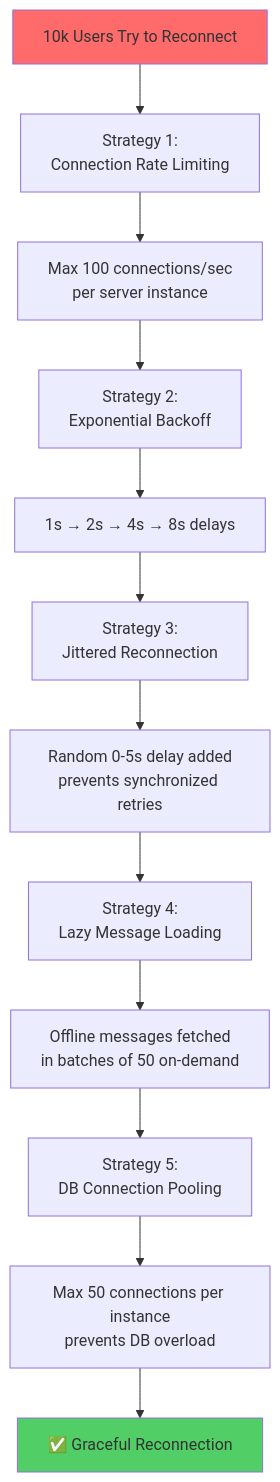
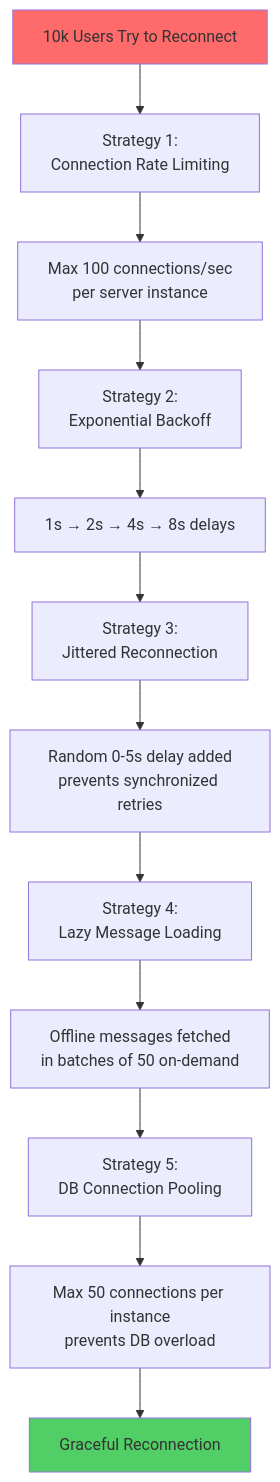
Before and after one commit to mahinigam/chat-platform: the sixth of 7 diagrams in ARCHITECTURE.md, drawn with Mermaid. The commit also changed other lines of this file and 12 other files, not shown here.

````diff
--- a/ARCHITECTURE.md
+++ b/ARCHITECTURE.md
@@ -353,17 +353,17 @@
 ```mermaid
 graph TD
     A[10k Users Try to Reconnect] --> B[Strategy 1:<br/>Connection Rate Limiting]
     B --> C[Max 100 connections/sec<br/>per server instance]
     C --> D[Strategy 2:<br/>Exponential Backoff]
     D --> E[1s → 2s → 4s → 8s delays]
     E --> F[Strategy 3:<br/>Jittered Reconnection]
     F --> G[Random 0-5s delay added<br/>prevents synchronized retries]
     G --> H[Strategy 4:<br/>Lazy Message Loading]
     H --> I[Offline messages fetched<br/>in batches of 50 on-demand]
     I --> J[Strategy 5:<br/>DB Connection Pooling]
     J --> K[Max 50 connections per instance<br/>prevents DB overload]
-    K --> L[✅ Graceful Reconnection]
+    K --> L[Graceful Reconnection]
 
     style A fill:#ff6b6b
     style L fill:#51cf66
 ```
````
